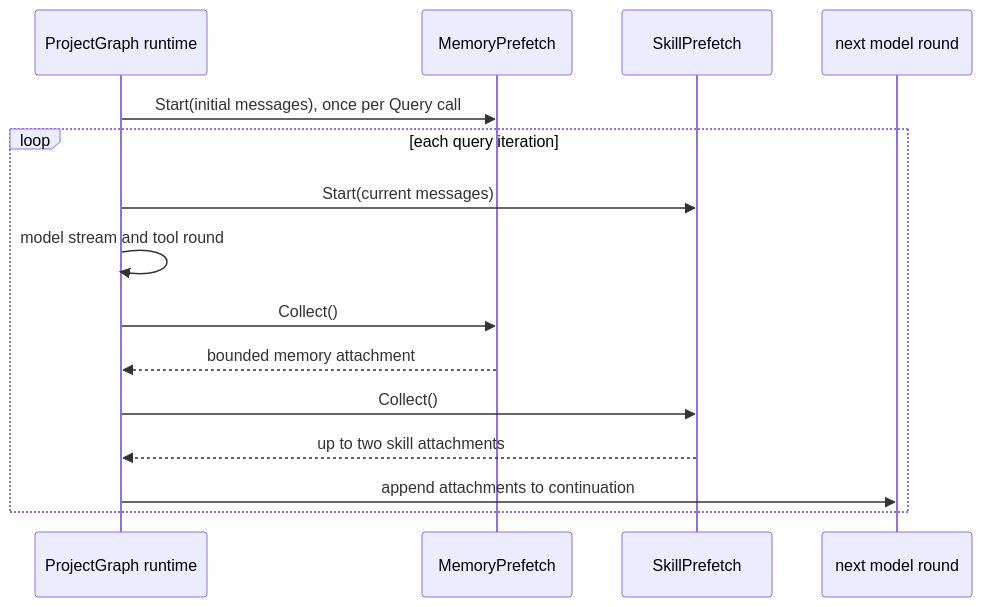
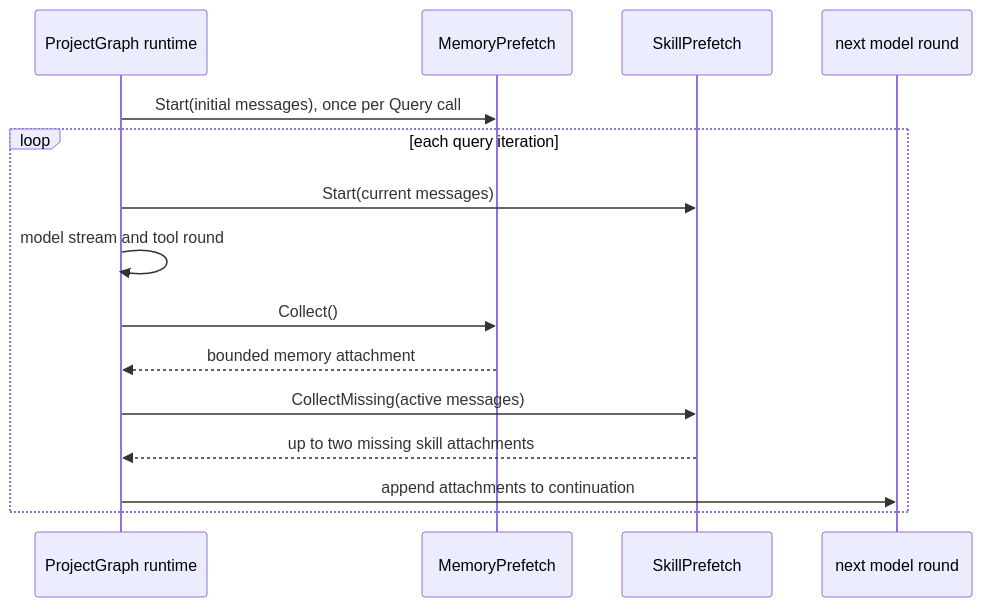
Before and after one commit to abietic/yhc: the diagram in docs/architecture/runtime/prefetch.md, drawn with Mermaid. The commit also changed other lines of this file and 5 other files, not shown here.

````diff
--- a/docs/architecture/runtime/prefetch.md
+++ b/docs/architecture/runtime/prefetch.md
@@ -18,19 +18,19 @@
 ```mermaid
 sequenceDiagram
     accTitle: Canonical prefetch timing
     accDescr: Memory starts once per query and skills start per Graph iteration; both may attach bounded context only to a later model round.
     participant Q as ProjectGraph runtime
     participant M as MemoryPrefetch
     participant S as SkillPrefetch
     participant R as next model round
     Q->>M: Start(initial messages), once per Query call
     loop each query iteration
         Q->>S: Start(current messages)
         Q->>Q: model stream and tool round
         Q->>M: Collect()
         M-->>Q: bounded memory attachment
-        Q->>S: Collect()
-        S-->>Q: up to two skill attachments
+        Q->>S: CollectMissing(active messages)
+        S-->>Q: up to two missing skill attachments
         Q->>R: append attachments to continuation
     end
 ```
````
